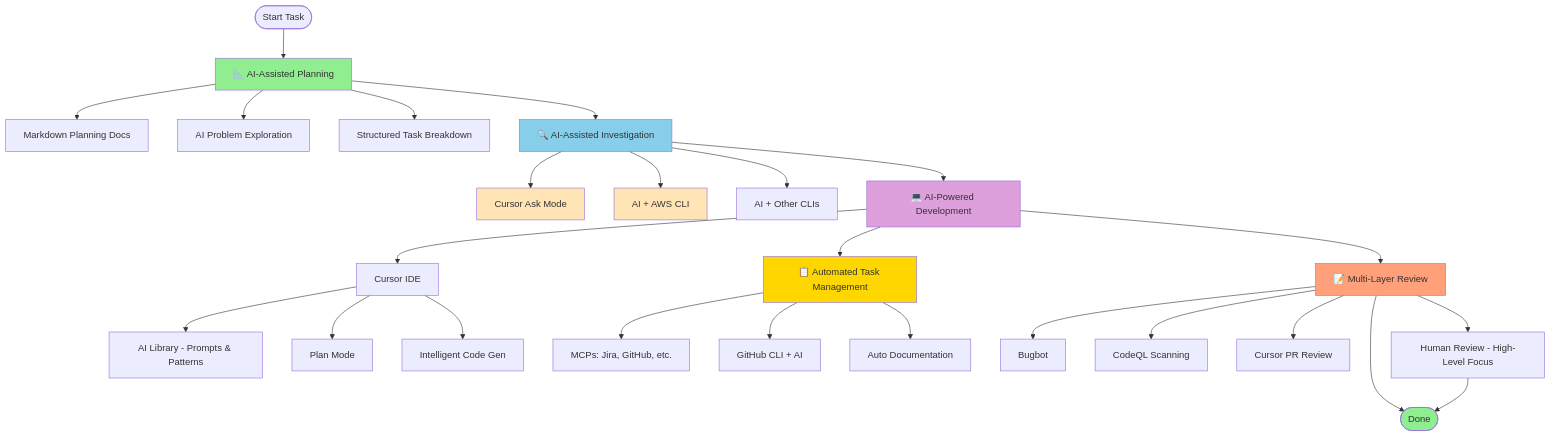
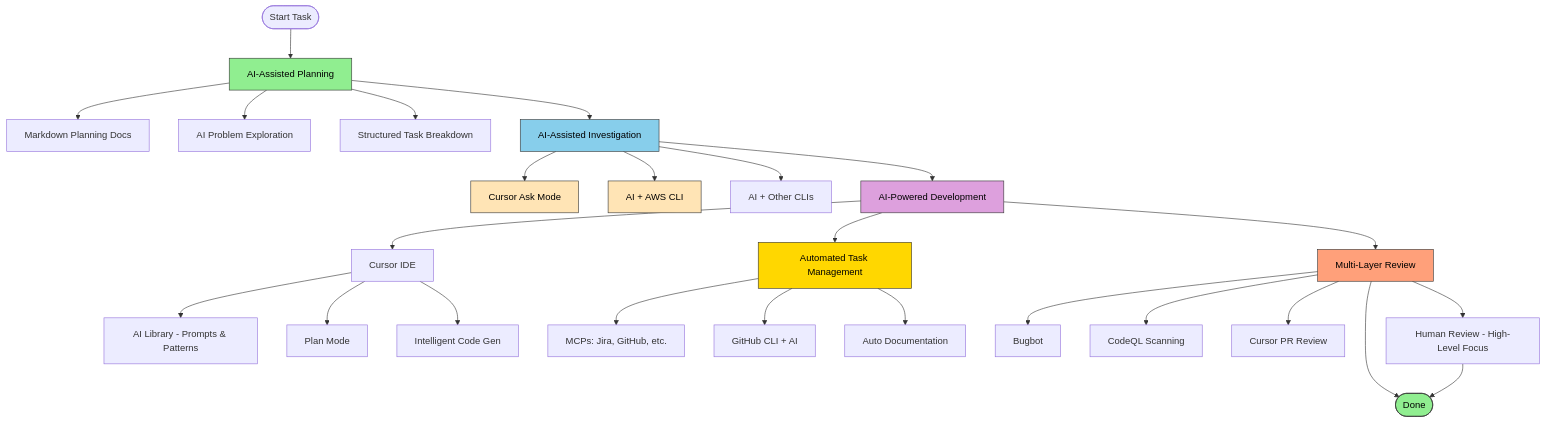
The second of 3 diagrams in content/posts/devops-workflow-evolution/index.md (carim07/carim-web), drawn with Mermaid before and after one commit. The commit also changed other lines of this file and 1 other file, not shown here.

Commit message:
Update AI Spanish post and fix diagrams

```diff
--- a/content/posts/devops-workflow-evolution/index.md
+++ b/content/posts/devops-workflow-evolution/index.md
@@ -155,41 +155,41 @@
 {{< mermaid >}}
 flowchart TD
-    Start([Start Task]) --> Plan["📐 AI-Assisted Planning"]
+    Start([Start Task]) --> Plan["AI-Assisted Planning"]
     Plan --> Markdown[Markdown Planning Docs]
     Plan --> AIExplore[AI Problem Exploration]
     Plan --> StructuredPlan[Structured Task Breakdown]
     
-    Plan --> Investigate["🔍 AI-Assisted Investigation"]
+    Plan --> Investigate["AI-Assisted Investigation"]
     Investigate --> CursorAsk[Cursor Ask Mode]
     Investigate --> AWSCLI["AI + AWS CLI"]
     Investigate --> OtherCLIs["AI + Other CLIs"]
     
-    Investigate --> Develop["💻 AI-Powered Development"]
+    Investigate --> Develop["AI-Powered Development"]
     Develop --> Cursor[Cursor IDE]
     Cursor --> AILibrary["AI Library - Prompts & Patterns"]
     Cursor --> PlanMode[Plan Mode]
     Cursor --> CodeGen[Intelligent Code Gen]
     
-    Develop --> Tasks["📋 Automated Task Management"]
+    Develop --> Tasks["Automated Task Management"]
     Tasks --> MCPs["MCPs: Jira, GitHub, etc."]
     Tasks --> GHCLI["GitHub CLI + AI"]
     Tasks --> AutoDocs[Auto Documentation]
     
-    Develop --> Review["📝 Multi-Layer Review"]
+    Develop --> Review["Multi-Layer Review"]
     Review --> Bugbot[Bugbot]
     Review --> CodeQL[CodeQL Scanning]
     Review --> CursorReview[Cursor PR Review]
     Review --> HumanReview["Human Review - High-Level Focus"]
     
     Review --> Done([Done])
     HumanReview --> Done
     
-    style Plan fill:#90EE90
-    style Investigate fill:#87CEEB
-    style Develop fill:#DDA0DD
-    style Tasks fill:#FFD700
-    style Review fill:#FFA07A
-    style Done fill:#90EE90
-    style CursorAsk fill:#FFE4B5
-    style AWSCLI fill:#FFE4B5
+    style Plan fill:#90EE90,stroke:#333,color:#000
+    style Investigate fill:#87CEEB,stroke:#333,color:#000
+    style Develop fill:#DDA0DD,stroke:#333,color:#000
+    style Tasks fill:#FFD700,stroke:#333,color:#000
+    style Review fill:#FFA07A,stroke:#333,color:#000
+    style Done fill:#90EE90,stroke:#333,color:#000
+    style CursorAsk fill:#FFE4B5,stroke:#333,color:#000
+    style AWSCLI fill:#FFE4B5,stroke:#333,color:#000
 {{< /mermaid >}}
```
